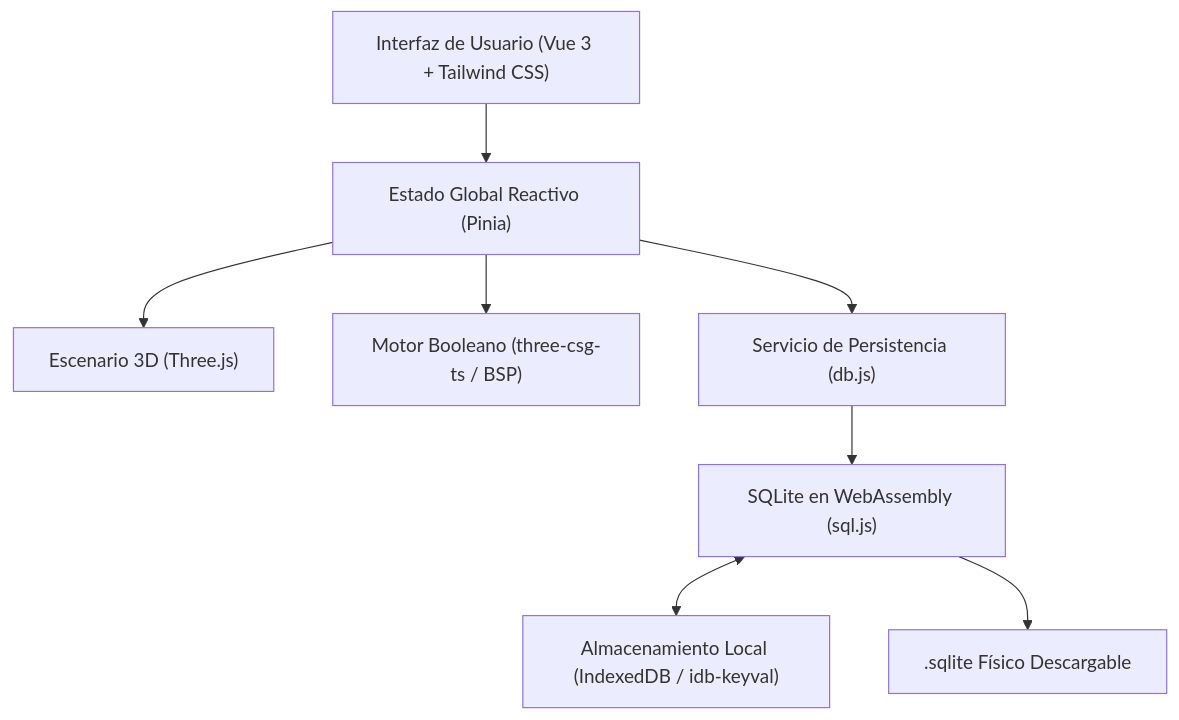
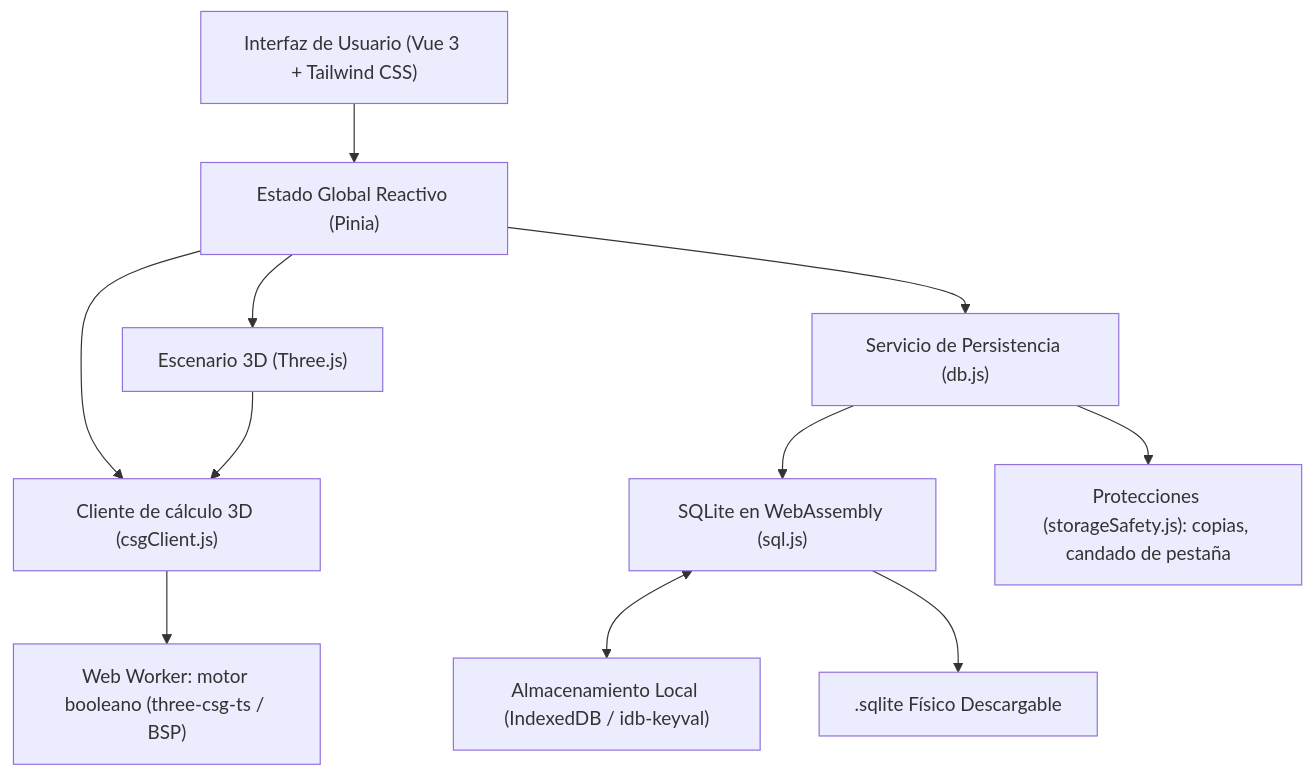
One commit to inidep-observadores/cubicador changed the diagram in docs/02-arquitectura-y-stack.md. Above: the diagram before and after it, drawn with Mermaid. The commit also changed other lines of this file and 17 other files, not shown here.

````diff
--- a/docs/02-arquitectura-y-stack.md
+++ b/docs/02-arquitectura-y-stack.md
@@ -10,10 +10,13 @@
 ```mermaid
 graph TD
     UI["Interfaz de Usuario (Vue 3 + Tailwind CSS)"] --> Store["Estado Global Reactivo (Pinia)"]
     Store --> Engine3D["Escenario 3D (Three.js)"]
-    Store --> CSG["Motor Booleano (three-csg-ts / BSP)"]
+    Store --> Client["Cliente de cálculo 3D (csgClient.js)"]
+    Engine3D --> Client
+    Client --> Worker["Web Worker: motor booleano (three-csg-ts / BSP)"]
     Store --> DBService["Servicio de Persistencia (db.js)"]
     DBService --> WASM["SQLite en WebAssembly (sql.js)"]
     WASM <--> IDB["Almacenamiento Local (IndexedDB / idb-keyval)"]
     WASM --> Export[".sqlite Físico Descargable"]
+    DBService --> Safety["Protecciones (storageSafety.js): copias, candado de pestaña"]
 ```
````
